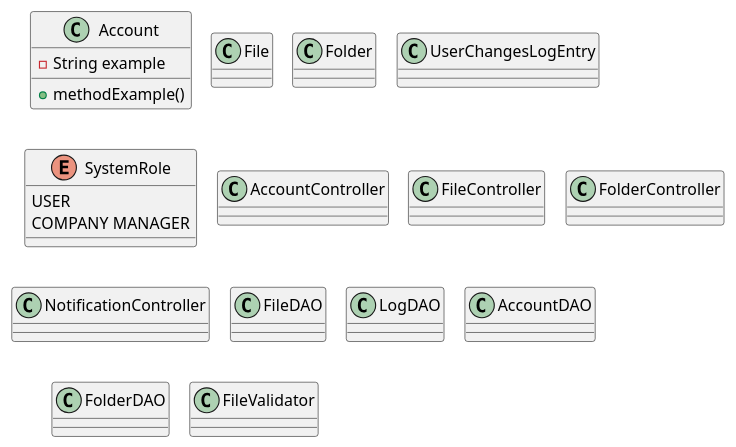
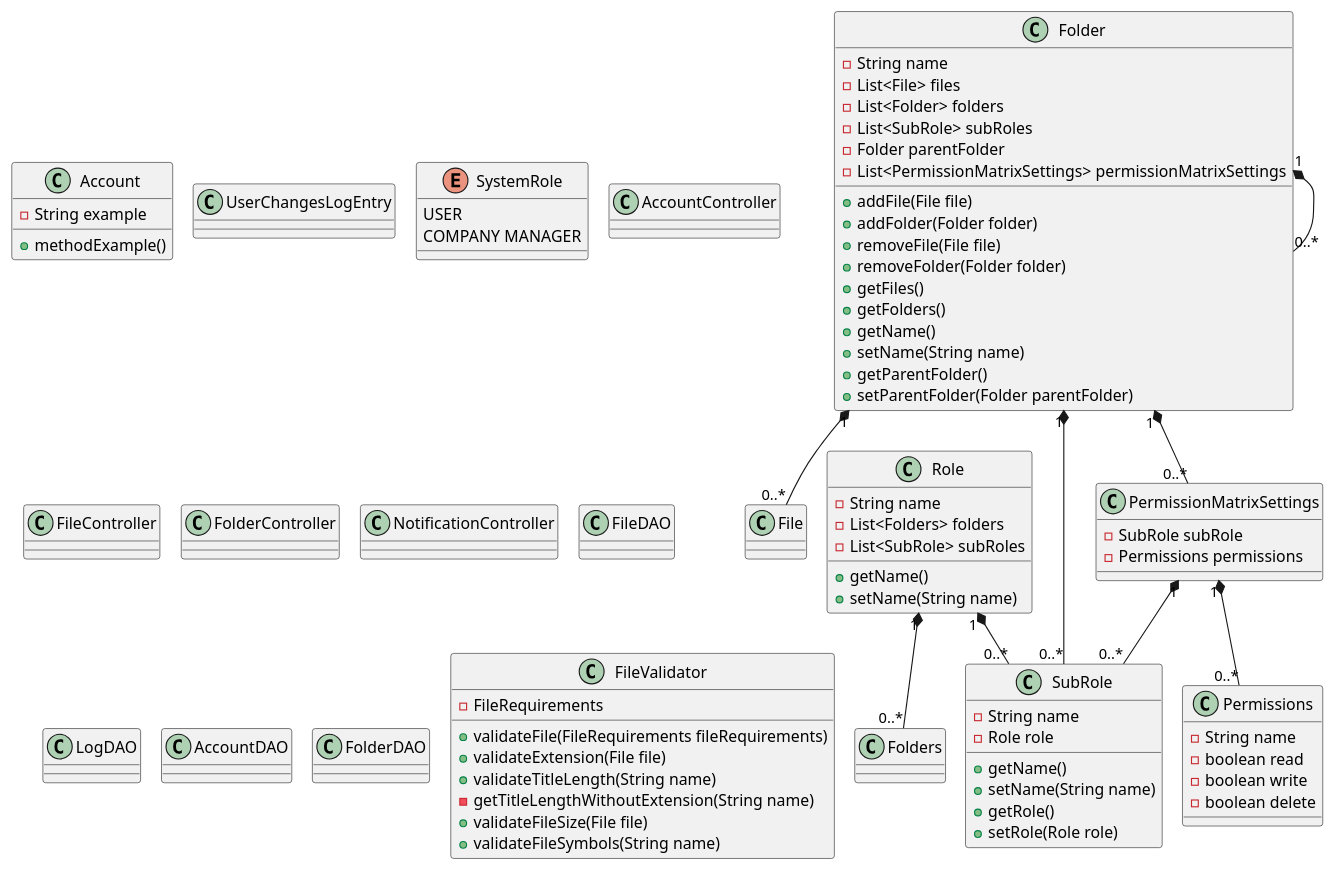
The diagram in backend/documentation/classDiagram.puml (badranyoussef/businest), drawn with PlantUML before and after one commit. The commit also changed 4 other files, not shown here.

Commit message:
Update class diagram + Added required classes for folder class

```diff
--- a/backend/documentation/classDiagram.puml
+++ b/backend/documentation/classDiagram.puml
@@ -1,42 +1,105 @@
 @startuml
 'https://plantuml.com/class-diagram
 
 '----- Entities -----
 class Account
 class File
-class Folder
+class Role {
+    - String name
+    - List<Folders> folders
+    - List<SubRole> subRoles
+    + getName()
+    + setName(String name)
+}
+class SubRole {
+    - String name
+    - Role role
+    + getName()
+    + setName(String name)
+    + getRole()
+    + setRole(Role role)
+}
+class PermissionMatrixSettings {
+    - SubRole subRole
+    - Permissions permissions
+    }
+class Permissions {
+    - String name
+    - boolean read
+    - boolean write
+    - boolean delete
+}
+
+class Folder {
+    - String name
+    - List<File> files
+    - List<Folder> folders
+    - List<SubRole> subRoles
+    - Folder parentFolder
+    - List<PermissionMatrixSettings> permissionMatrixSettings
+    + addFile(File file)
+    + addFolder(Folder folder)
+    + removeFile(File file)
+    + removeFolder(Folder folder)
+    + getFiles()
+    + getFolders()
+    + getName()
+    + setName(String name)
+    + getParentFolder()
+    + setParentFolder(Folder parentFolder)
+}
 class UserChangesLogEntry
 enum SystemRole {
     USER
     COMPANY MANAGER
 }
 
 '----- Controllers -----
 class AccountController
 class FileController
 class FolderController
 class NotificationController
 
 '----- DAOs -----
 class FileDAO
 class LogDAO
 class AccountDAO
 class FolderDAO
 
-class FileValidator
+class FileValidator {
+    - FileRequirements
+    + validateFile(FileRequirements fileRequirements)
+    + validateExtension(File file)
+    + validateTitleLength(String name)
+    - getTitleLengthWithoutExtension(String name)
+    + validateFileSize(File file)
+    + validateFileSymbols(String name)
+
+}
 
 
 'List <|-- AbstractList
 'Collection <|-- AbstractCollection
 
 'Collection <|- List
 'AbstractCollection <|- AbstractList
 'AbstractList <|-- ArrayList
 
 class Account {
     - String example
     + methodExample()
 }
 
+'----- Relations -----
+Folder "1" *-- "0..*" File
+Folder "1" *-- "0..*" Folder
+Folder "1" *-- "0..*" SubRole
+Folder "1" *-- "0..*" PermissionMatrixSettings
+Role "1" *-- "0..*" Folders
+Role "1" *-- "0..*" SubRole
+PermissionMatrixSettings "1" *-- "0..*" Permissions
+PermissionMatrixSettings "1" *-- "0..*" SubRole
+
+
 !pragma layout smetana
 @enduml
```
